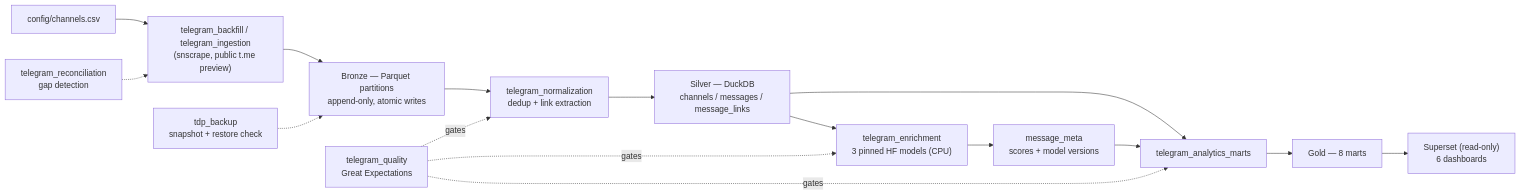
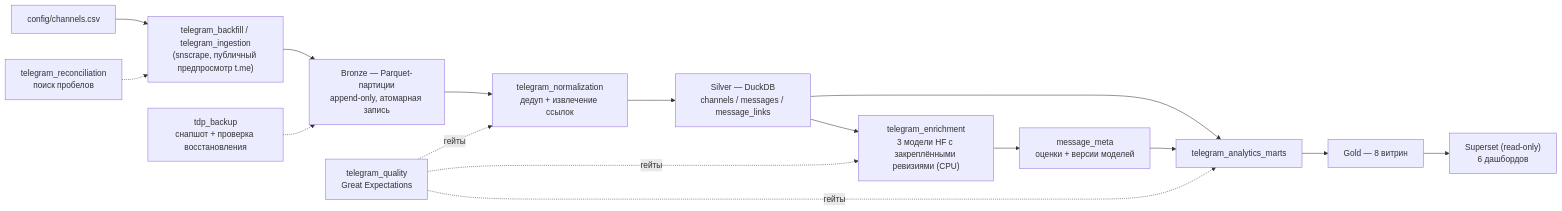
The diagram in README.md (valerasolo13951/telegram-data-platform), drawn with Mermaid before and after one commit. The commit also changed other lines of this file and 47 other files, not shown here.

````diff
--- a/README.md
+++ b/README.md
@@ -23,18 +24,18 @@
 ```mermaid
 flowchart LR
-    REG["config/channels.csv"] --> ING["telegram_backfill / telegram_ingestion<br/>(snscrape, public t.me preview)"]
-    ING --> BR["Bronze — Parquet partitions<br/>append-only, atomic writes"]
-    BR --> NORM["telegram_normalization<br/>dedup + link extraction"]
+    REG["config/channels.csv"] --> ING["telegram_backfill / telegram_ingestion<br/>(snscrape, публичный предпросмотр t.me)"]
+    ING --> BR["Bronze — Parquet-партиции<br/>append-only, атомарная запись"]
+    BR --> NORM["telegram_normalization<br/>дедуп + извлечение ссылок"]
     NORM --> SIL["Silver — DuckDB<br/>channels / messages / message_links"]
-    SIL --> ML["telegram_enrichment<br/>3 pinned HF models (CPU)"]
-    ML --> META["message_meta<br/>scores + model versions"]
+    SIL --> ML["telegram_enrichment<br/>3 модели HF с закреплёнными ревизиями (CPU)"]
+    ML --> META["message_meta<br/>оценки + версии моделей"]
     SIL --> MARTS["telegram_analytics_marts"]
     META --> MARTS
-    MARTS --> GOLD["Gold — 8 marts"]
-    GOLD --> SS["Superset (read-only)<br/>6 dashboards"]
-    Q["telegram_quality<br/>Great Expectations"] -. gates .-> NORM
-    Q -. gates .-> ML
-    Q -. gates .-> MARTS
-    REC["telegram_reconciliation<br/>gap detection"] -.-> ING
-    BAK["tdp_backup<br/>snapshot + restore check"] -.-> BR
+    MARTS --> GOLD["Gold — 8 витрин"]
+    GOLD --> SS["Superset (read-only)<br/>6 дашбордов"]
+    Q["telegram_quality<br/>Great Expectations"] -. гейты .-> NORM
+    Q -. гейты .-> ML
+    Q -. гейты .-> MARTS
+    REC["telegram_reconciliation<br/>поиск пробелов"] -.-> ING
+    BAK["tdp_backup<br/>снапшот + проверка восстановления"] -.-> BR
 ```
````
